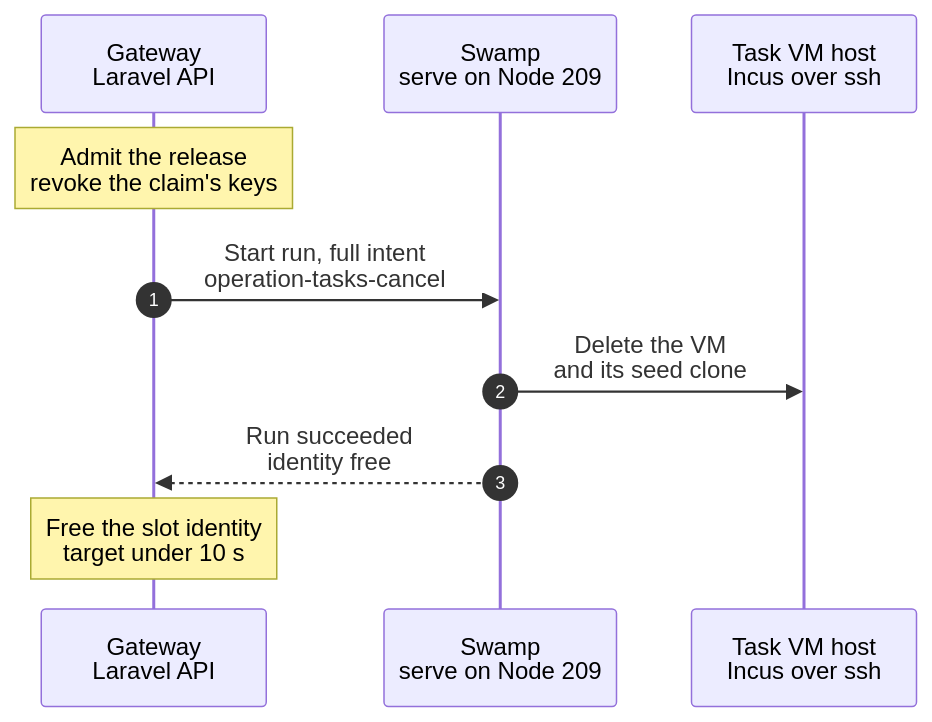
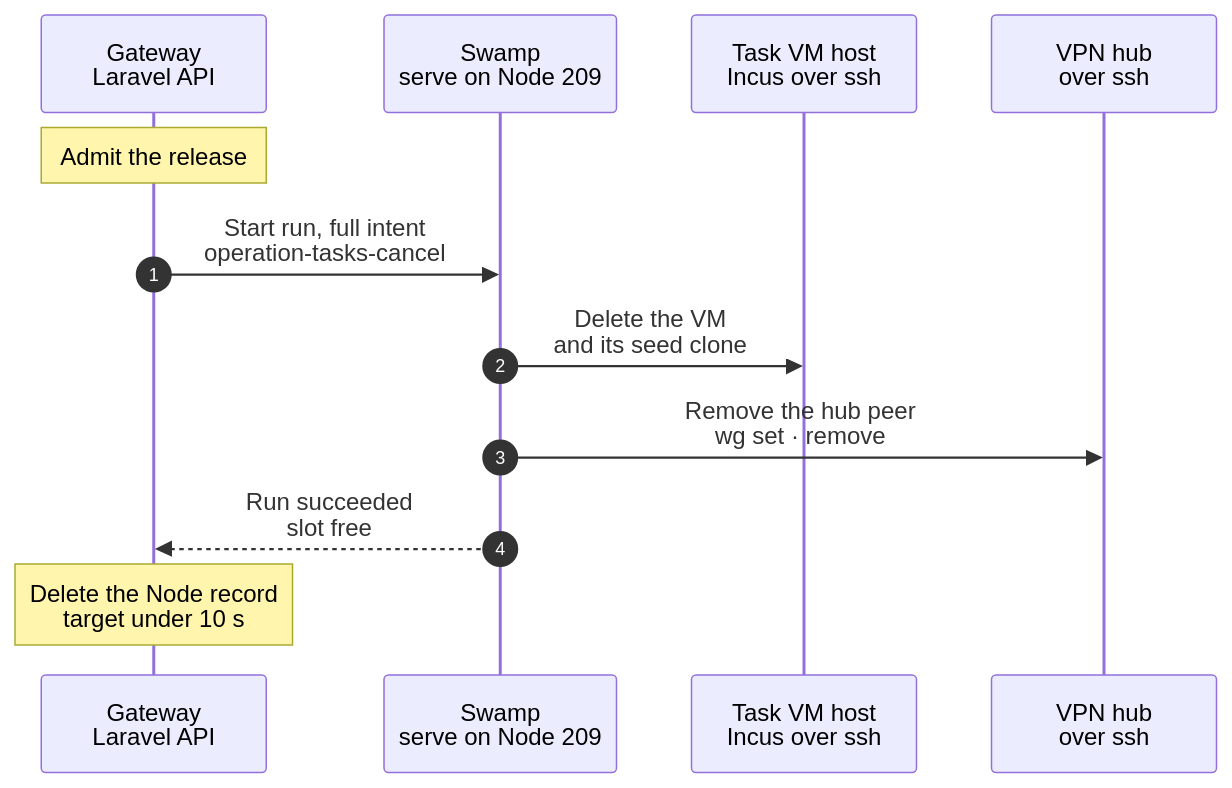
Before and after one commit to hardimpactdev/orbit: the diagram in docs/cli/tasks/cancel.mmd, drawn with Mermaid. The commit also changed 58 other files, not shown here.

First line of the commit message:
Task start mints a fresh identity per slot; release deletes the Node

```diff
--- a/docs/cli/tasks/cancel.mmd
+++ b/docs/cli/tasks/cancel.mmd
@@ -1,23 +1,29 @@
 sequenceDiagram
-  %% Target design (agreed with Nick, 2026-11-07): a task VM is disposable; its slot identity stays with the Gateway.
+  %% Target design (agreed with Nick, 2026-11-07): a task VM and its identity are disposable; the release frees the slot.
   %% status: draft
   %% command: tasks:cancel
   %% kind: tasks.cancel
   autonumber
   %% lane GW icon=gateway pill=intent tone=blue
   %% lane SW icon=workflow pill=executes tone=green
   %% lane H icon=server pill=target tone=amber
+  %% lane HUB icon=server pill=target tone=purple
   participant GW as Gateway<br/>Laravel API
   participant SW as Swamp<br/>serve on Node 209
   participant H as Task VM host<br/>Incus over ssh
-  Note over GW: Admit the release<br/>revoke the claim's keys
+  participant HUB as VPN hub<br/>over ssh
+  Note over GW: Admit the release
   %%> Result:
-  %%> - the Pi token and model key of the claim are revoked; approved work is pushed first, as today
+  %%> - approved work is pushed first, as today
   GW->>SW: Start run, full intent<br/>operation-tasks-cancel
   SW->>H: Delete the VM<br/>and its seed clone
   %%> What it does:
   %%> - one host exec: `incus delete --force` and the seed clone; a few seconds
-  %%> - no Node, DNS, Metrics or hub peer change: the identity stays
-  %%> - beside it, the claim's model key is revoked at the model router; the Pi token goes with the VM
-  SW-->>GW: Run succeeded<br/>identity free
-  Note over GW: Free the slot identity<br/>target under 10 s
+  SW->>HUB: Remove the hub peer<br/>wg set · remove
+  %%> Runs beside the step before it: Swamp starts both at once.
+  %%> What it does:
+  %%> - the VM's peer leaves the WireGuard hub; the claim's model key is revoked at the model router beside it; the Pi token goes with the VM
+  SW-->>GW: Run succeeded<br/>slot free
+  Note over GW: Delete the Node record<br/>target under 10 s
+  %%> Result:
+  %%> - the Node, its role and its Process go; the slot number is free for the next task start
```
